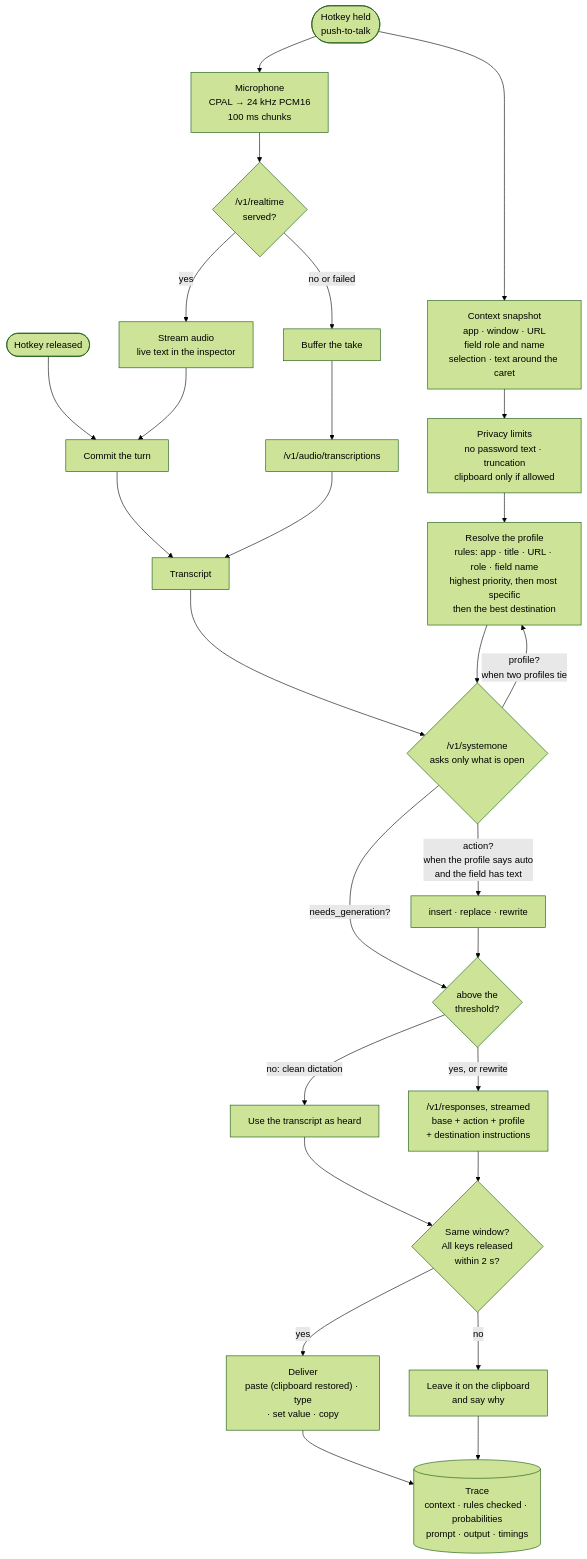
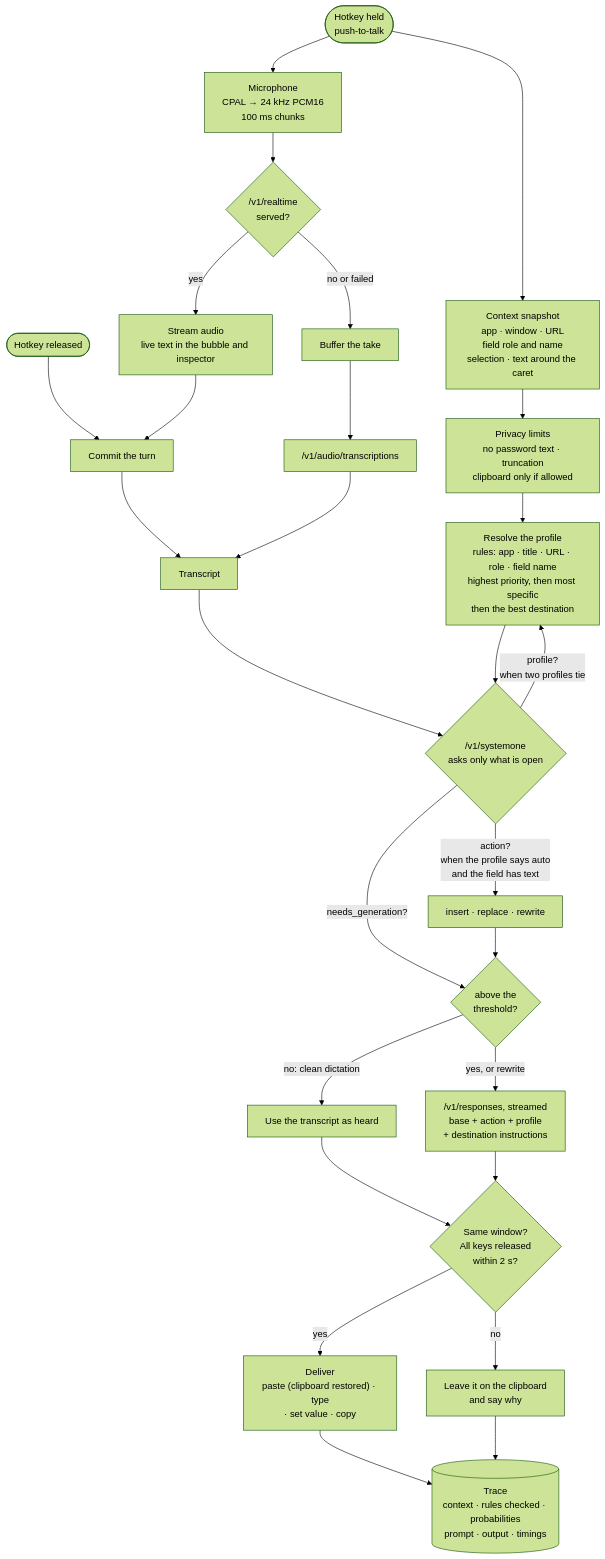
One commit to zojeda/jevons-rs changed the first of 2 diagrams in crates/jevons-desktop/README.md. Above: the diagram before and after it, drawn with Mermaid (forest theme). The commit also changed other lines of this file and 12 other files, not shown here.

First line of the commit message:
jevons-desktop: a feedback bubble by the tray icon; live dictation inserts when stopped

````diff
--- a/crates/jevons-desktop/README.md
+++ b/crates/jevons-desktop/README.md
@@ -31,37 +31,37 @@
 ```mermaid
 flowchart TD
     press(["Hotkey held<br/>push-to-talk"])
     press --> snapshot["Context snapshot<br/>app · window · URL<br/>field role and name<br/>selection · text around the caret"]
     press --> mic["Microphone<br/>CPAL → 24 kHz PCM16<br/>100 ms chunks"]
 
     snapshot --> privacy["Privacy limits<br/>no password text · truncation<br/>clipboard only if allowed"]
 
     mic --> realtime{"/v1/realtime<br/>served?"}
-    realtime -- yes --> stream["Stream audio<br/>live text in the inspector"]
+    realtime -- yes --> stream["Stream audio<br/>live text in the bubble and inspector"]
     realtime -- "no or failed" --> buffer["Buffer the take"]
     release(["Hotkey released"]) --> commit
     stream --> commit["Commit the turn"]
     buffer --> upload["/v1/audio/transcriptions"]
     commit --> transcript["Transcript"]
     upload --> transcript
 
     privacy --> resolve["Resolve the profile<br/>rules: app · title · URL · role · field name<br/>highest priority, then most specific<br/>then the best destination"]
     transcript --> decide
     resolve --> decide{"/v1/systemone<br/>asks only what is open"}
 
     decide -- "action?<br/>when the profile says auto<br/>and the field has text" --> action["insert · replace · rewrite"]
     decide -- "needs_generation?" --> needs{"above the<br/>threshold?"}
     decide -- "profile?<br/>when two profiles tie" --> resolve
 
     action --> needs
     needs -- "no: clean dictation" --> raw["Use the transcript as heard"]
     needs -- "yes, or rewrite" --> generate["/v1/responses, streamed<br/>base + action + profile<br/>+ destination instructions"]
 
     raw --> safe
     generate --> safe{"Same window?<br/>All keys released<br/>within 2 s?"}
     safe -- yes --> deliver["Deliver<br/>paste (clipboard restored) · type<br/>· set value · copy"]
     safe -- no --> clipboard["Leave it on the clipboard<br/>and say why"]
 
     deliver --> trace[("Trace<br/>context · rules checked · probabilities<br/>prompt · output · timings")]
     clipboard --> trace
 ```
````
